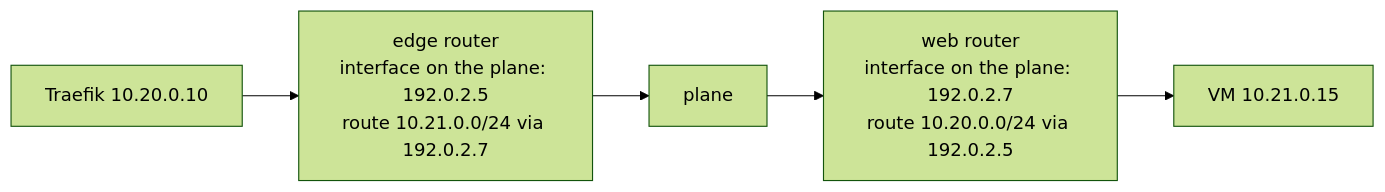
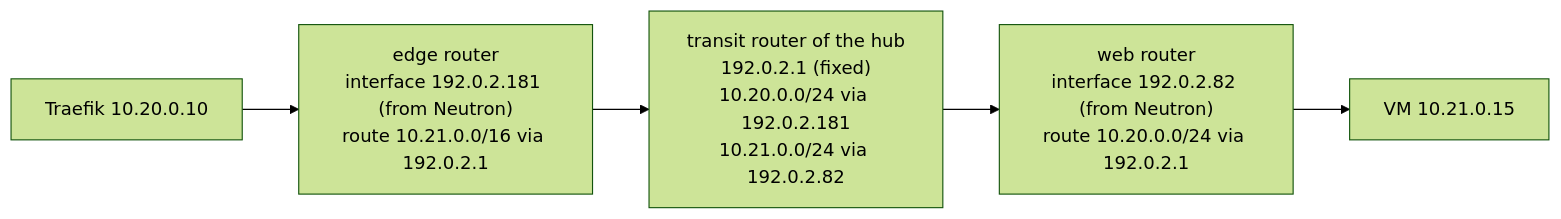
The second of 2 diagrams in docs/concepts/plane-attachment.md (CyprisTech/openstack-multitenant-reference), drawn with Mermaid (forest theme) before and after one commit. The commit also changed other lines of this file and 79 other files, not shown here.

````diff
--- a/docs/concepts/plane-attachment.md
+++ b/docs/concepts/plane-attachment.md
@@ -37,6 +37,7 @@
 ```mermaid
 flowchart LR
-    T["Traefik 10.20.0.10"] --> RE["edge router<br/>interface on the plane: 192.0.2.5<br/>route 10.21.0.0/24 via 192.0.2.7"]
-    RE --> P["plane"] --> RW["web router<br/>interface on the plane: 192.0.2.7<br/>route 10.20.0.0/24 via 192.0.2.5"]
+    T["Traefik 10.20.0.10"] --> RE["edge router<br/>interface 192.0.2.181 (from Neutron)<br/>route 10.21.0.0/16 via 192.0.2.1"]
+    RE --> TR["transit router of the hub<br/>192.0.2.1 (fixed)<br/>10.20.0.0/24 via 192.0.2.181<br/>10.21.0.0/24 via 192.0.2.82"]
+    TR --> RW["web router<br/>interface 192.0.2.82 (from Neutron)<br/>route 10.20.0.0/24 via 192.0.2.1"]
     RW --> V["VM 10.21.0.15"]
 ```
````
